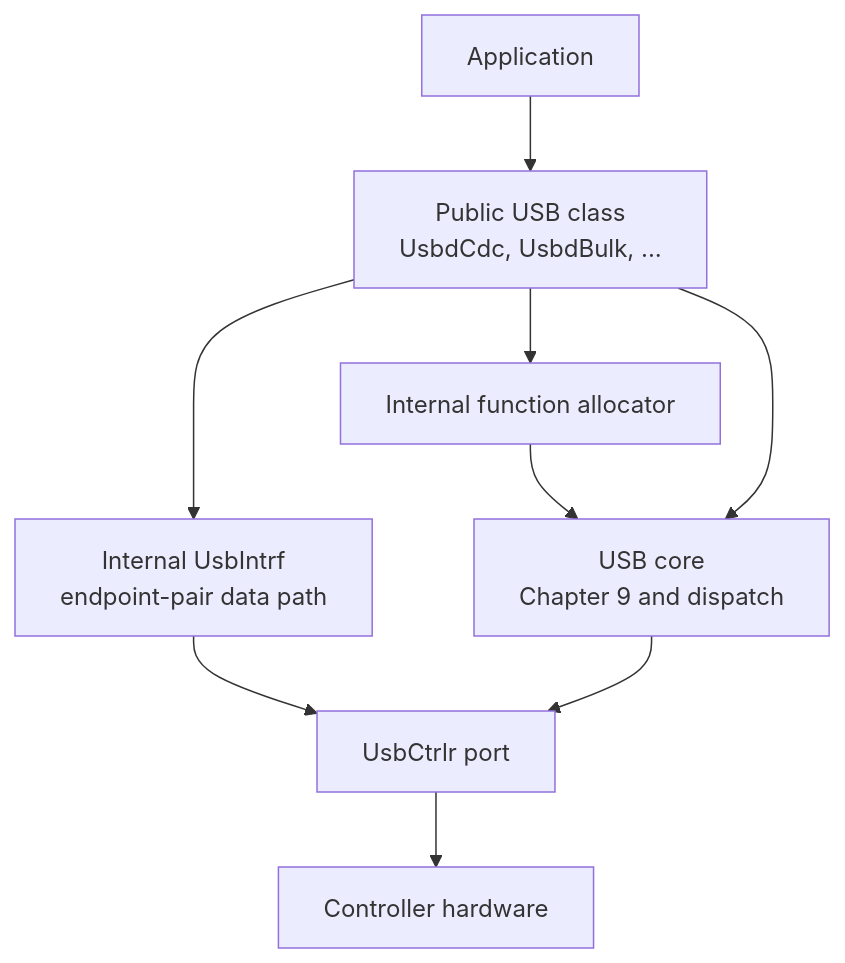
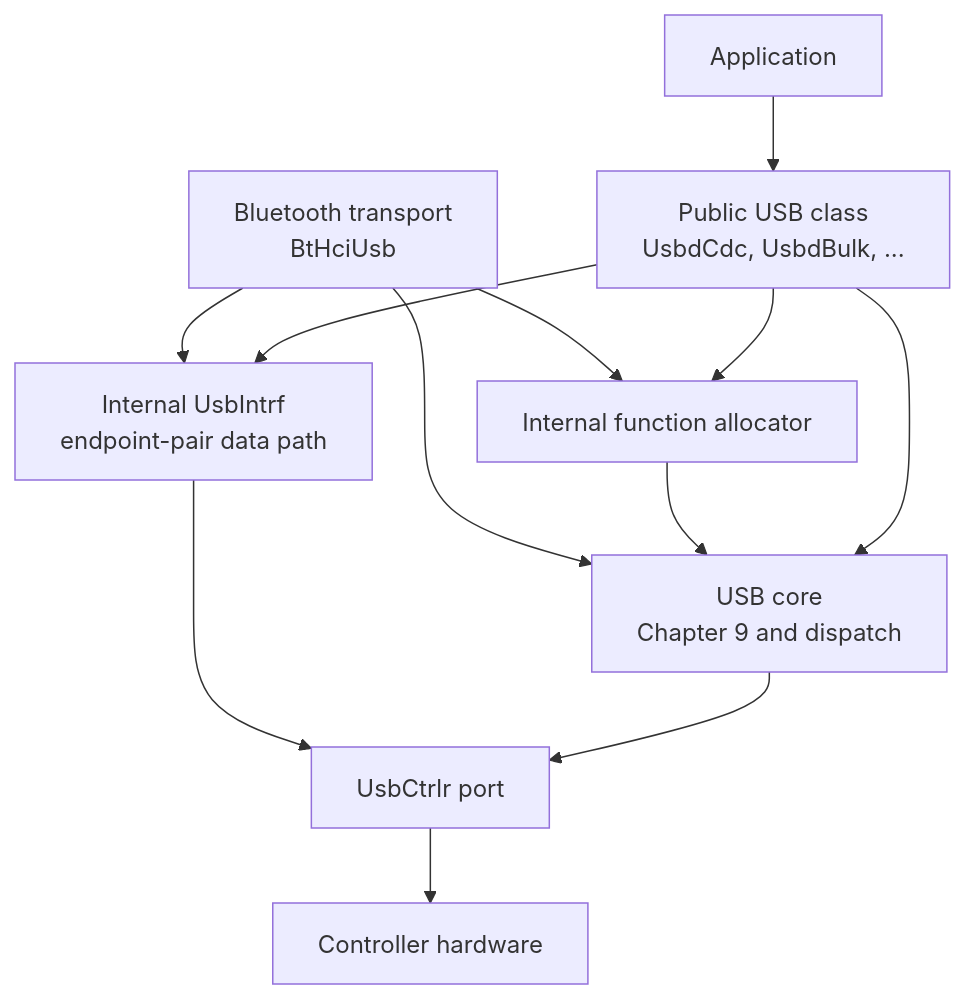
Before and after one commit to IOsonata/IOsonata: the first of 3 diagrams in docs/architecture/usb.md, drawn with Mermaid. The commit also changed other lines of this file and 5 other files, not shown here.

Commit message:
Move HCI USB transport under Bluetooth

````diff
--- a/docs/architecture/usb.md
+++ b/docs/architecture/usb.md
@@ -7,11 +7,14 @@
 ```mermaid
 flowchart TD
     App[Application] --> Class[Public USB class<br/>UsbdCdc, UsbdBulk, ...]
+    Bt[Bluetooth transport<br/>BtHciUsb] --> Alloc
+    Bt --> Intrf
+    Bt --> Core
     Class --> Alloc[Internal function allocator]
     Class --> Intrf[Internal UsbIntrf<br/>endpoint-pair data path]
     Alloc --> Core[USB core<br/>Chapter 9 and dispatch]
     Class --> Core
     Intrf --> Port[UsbCtrlr port]
     Core --> Port
     Port --> Hw[Controller hardware]
 ```
````
